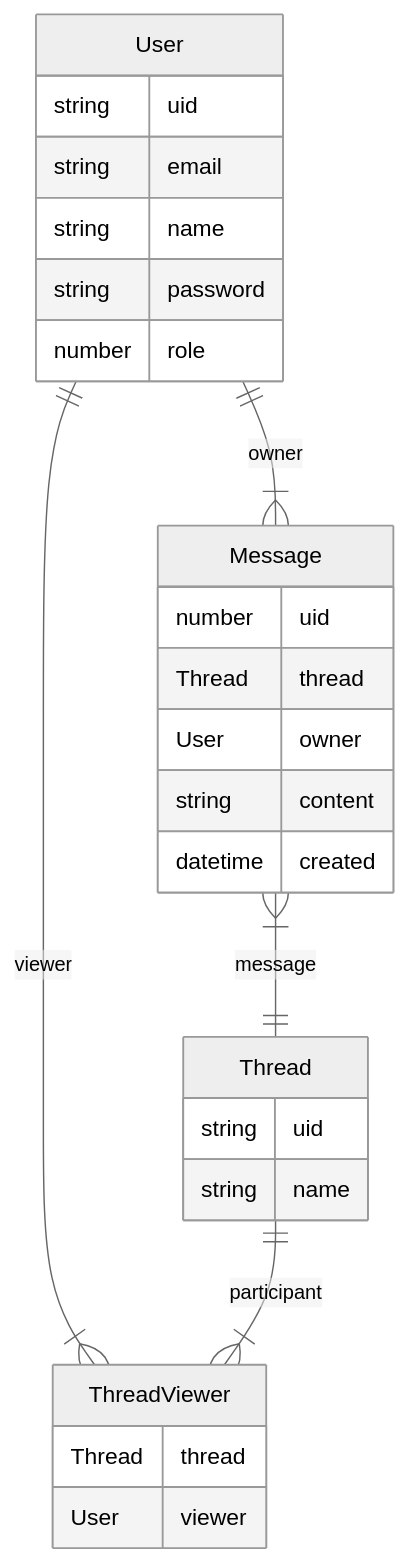
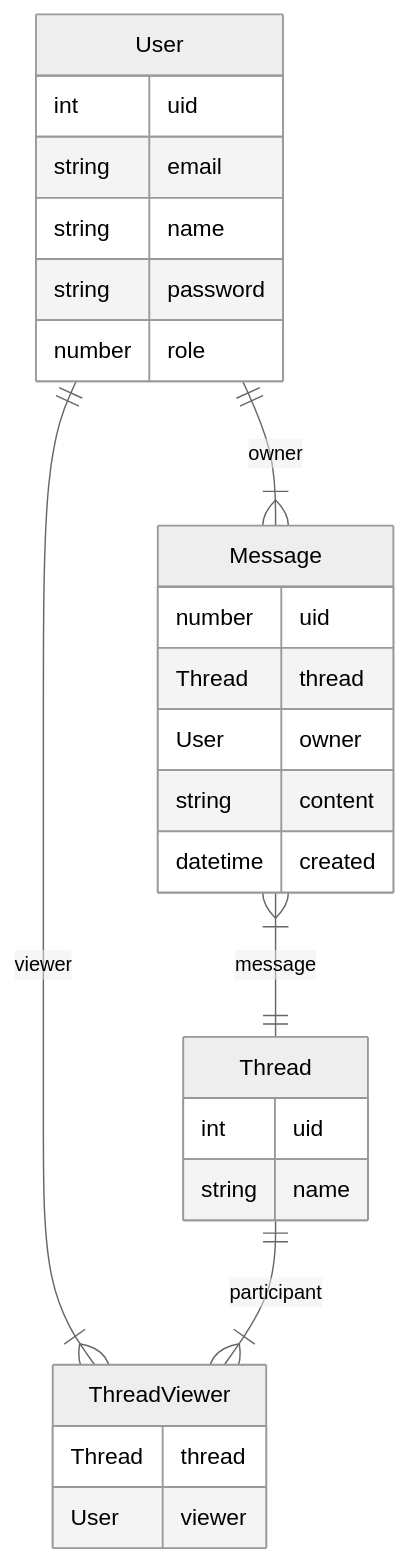
One commit to TWoolhouse/Slook changed the diagram in design/schema.md. Above: the diagram before and after it, drawn with Mermaid (neutral theme).

Commit message:
modified data types in erd

````diff
--- a/design/schema.md
+++ b/design/schema.md
@@ -1,36 +1,36 @@
 ```mermaid
 erDiagram
 
 	Message }|--|| Thread : message
 
 	User ||--|{ Message : owner
 	User ||--|{ ThreadViewer : viewer
 	Thread ||--|{ ThreadViewer : participant
 
 	User {
-		string uid
+		int uid
 		string email
 		string name
 		string password
 		number role
 	}
 
 	Thread {
-		string uid
+		int uid
 		string name
 	}
 
 	Message {
 		number uid
 		Thread thread
 		User owner
 		string content
 		datetime created
 	}
 
 	ThreadViewer {
 		Thread thread
 		User viewer
 	}
 
 ```
````
